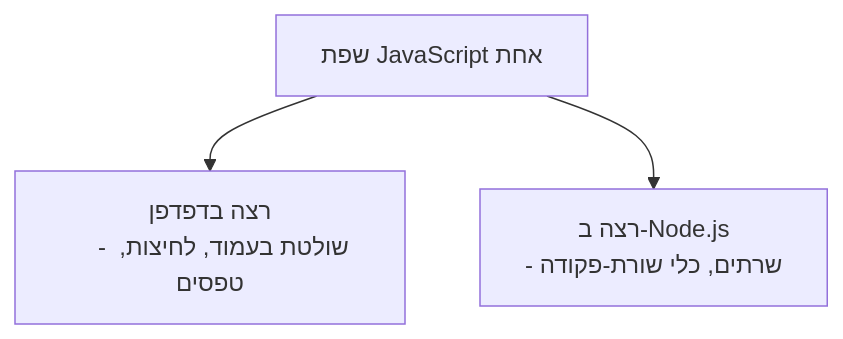
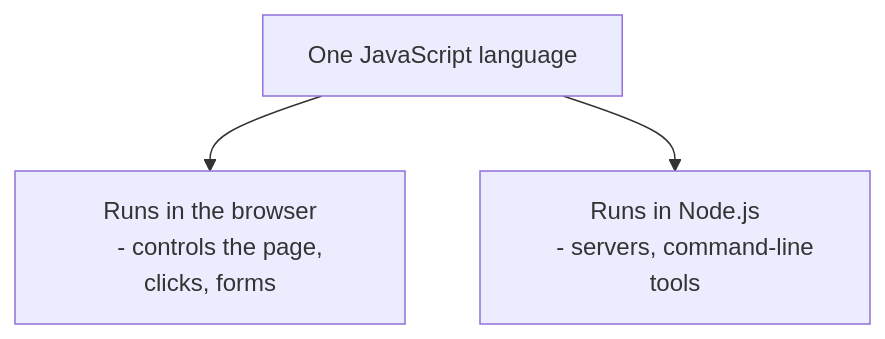
Before and after one commit to neriyaMalachi/FullStack_kodkode_5: the diagram in content/docs/javascript/1-js-basics-content.md, drawn with Mermaid. The commit also changed other lines of this file and 117 other files, not shown here.

````diff
--- a/content/docs/javascript/1-js-basics-content.md
+++ b/content/docs/javascript/1-js-basics-content.md
@@ -46,8 +46,8 @@
 ```mermaid
 flowchart TB
-    JS["שפת JavaScript אחת"]
-    JS --> Browser["רצה בדפדפן
-    - שולטת בעמוד, לחיצות, טפסים"]
-    JS --> Node["רצה ב-Node.js
-    - שרתים, כלי שורת-פקודה"]
+    JS["One JavaScript language"]
+    JS --> Browser["Runs in the browser
+    - controls the page, clicks, forms"]
+    JS --> Node["Runs in Node.js
+    - servers, command-line tools"]
 ```
````
